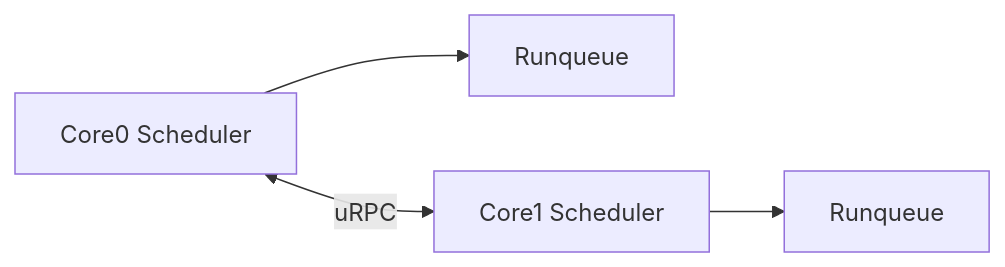
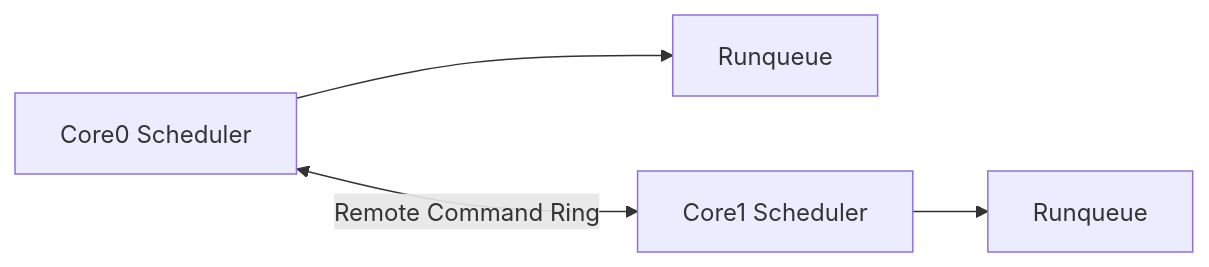
The fourth of 8 diagrams in docs/architecture/kernel/process_thread.md (CloudCarpentry/Bharat-OS), drawn with Mermaid before and after one commit. The commit also changed other lines of this file and 702 other files, not shown here.

````diff
--- a/docs/architecture/kernel/process_thread.md
+++ b/docs/architecture/kernel/process_thread.md
@@ -163,7 +180,7 @@
 ```mermaid
 graph LR
     A[Core0 Scheduler] --> A1[Runqueue]
     B[Core1 Scheduler] --> B1[Runqueue]
 
-    A <-- uRPC --> B
+    A <-- Remote Command Ring --> B
 ```
````
